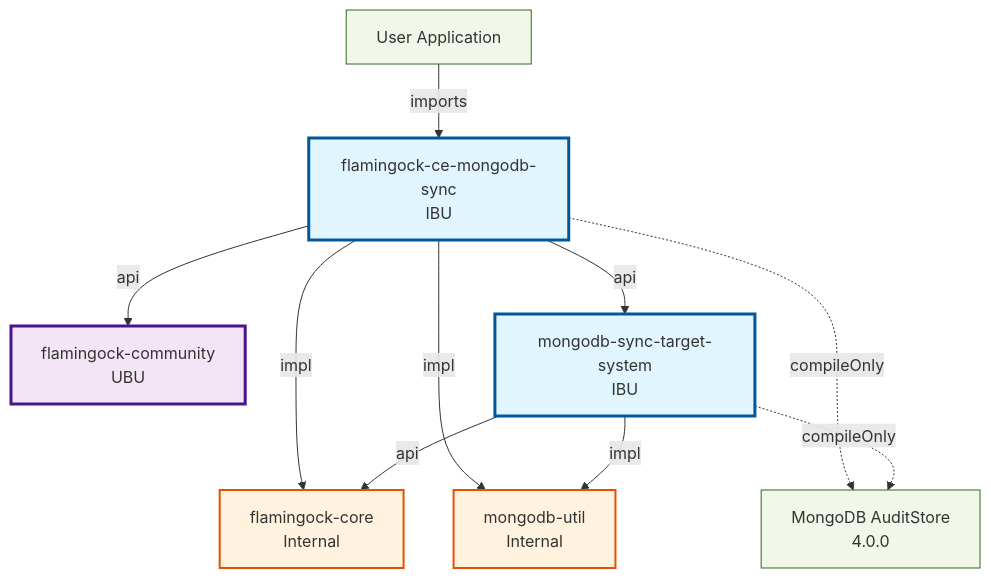
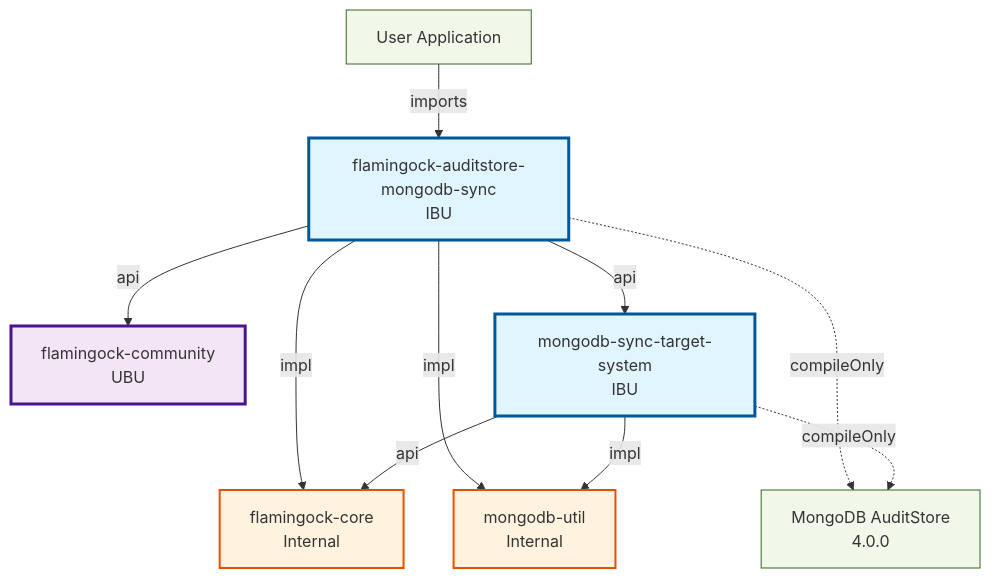
One commit to flamingock/flamingock-java changed the third of 6 diagrams in docs/ARCHITECTURE_OVERVIEW.md. Above: the diagram before and after it, drawn with Mermaid. The commit also changed other lines of this file and 117 other files, not shown here.

````diff
--- a/docs/ARCHITECTURE_OVERVIEW.md
+++ b/docs/ARCHITECTURE_OVERVIEW.md
@@ -295,26 +295,26 @@
 ```mermaid
 graph TB
     classDef ibu fill:#e1f5fe,stroke:#01579b,stroke-width:3px
     classDef ubu fill:#f3e5f5,stroke:#4a148c,stroke-width:3px
     classDef internal fill:#fff3e0,stroke:#e65100,stroke-width:2px
     classDef external fill:#f1f8e9,stroke:#33691e,stroke-width:1px
 
     User[User Application]:::external
-    User -->|imports| flamingock-ce-mongodb-sync
+    User -->|imports| flamingock-auditstore-mongodb-sync
     
-    flamingock-ce-mongodb-sync[flamingock-ce-mongodb-sync<br/>IBU]:::ibu
+    flamingock-auditstore-mongodb-sync[flamingock-auditstore-mongodb-sync<br/>IBU]:::ibu
     flamingock-community[flamingock-community<br/>UBU]:::ubu
     mongodb-sync-target-system[mongodb-sync-target-system<br/>IBU]:::ibu
     flamingock-core[flamingock-core<br/>Internal]:::internal
     mongodb-util[mongodb-util<br/>Internal]:::internal
     MongoAuditStore[MongoDB AuditStore<br/>4.0.0]:::external
     
-    flamingock-ce-mongodb-sync -->|api| flamingock-community
-    flamingock-ce-mongodb-sync -->|api| mongodb-sync-target-system
-    flamingock-ce-mongodb-sync -->|impl| flamingock-core
-    flamingock-ce-mongodb-sync -->|impl| mongodb-util
-    flamingock-ce-mongodb-sync -.->|compileOnly| MongoAuditStore
+    flamingock-auditstore-mongodb-sync -->|api| flamingock-community
+    flamingock-auditstore-mongodb-sync -->|api| mongodb-sync-target-system
+    flamingock-auditstore-mongodb-sync -->|impl| flamingock-core
+    flamingock-auditstore-mongodb-sync -->|impl| mongodb-util
+    flamingock-auditstore-mongodb-sync -.->|compileOnly| MongoAuditStore
     mongodb-sync-target-system -->|api| flamingock-core
     mongodb-sync-target-system -->|impl| mongodb-util
     mongodb-sync-target-system -.->|compileOnly| MongoAuditStore
 ```
````
